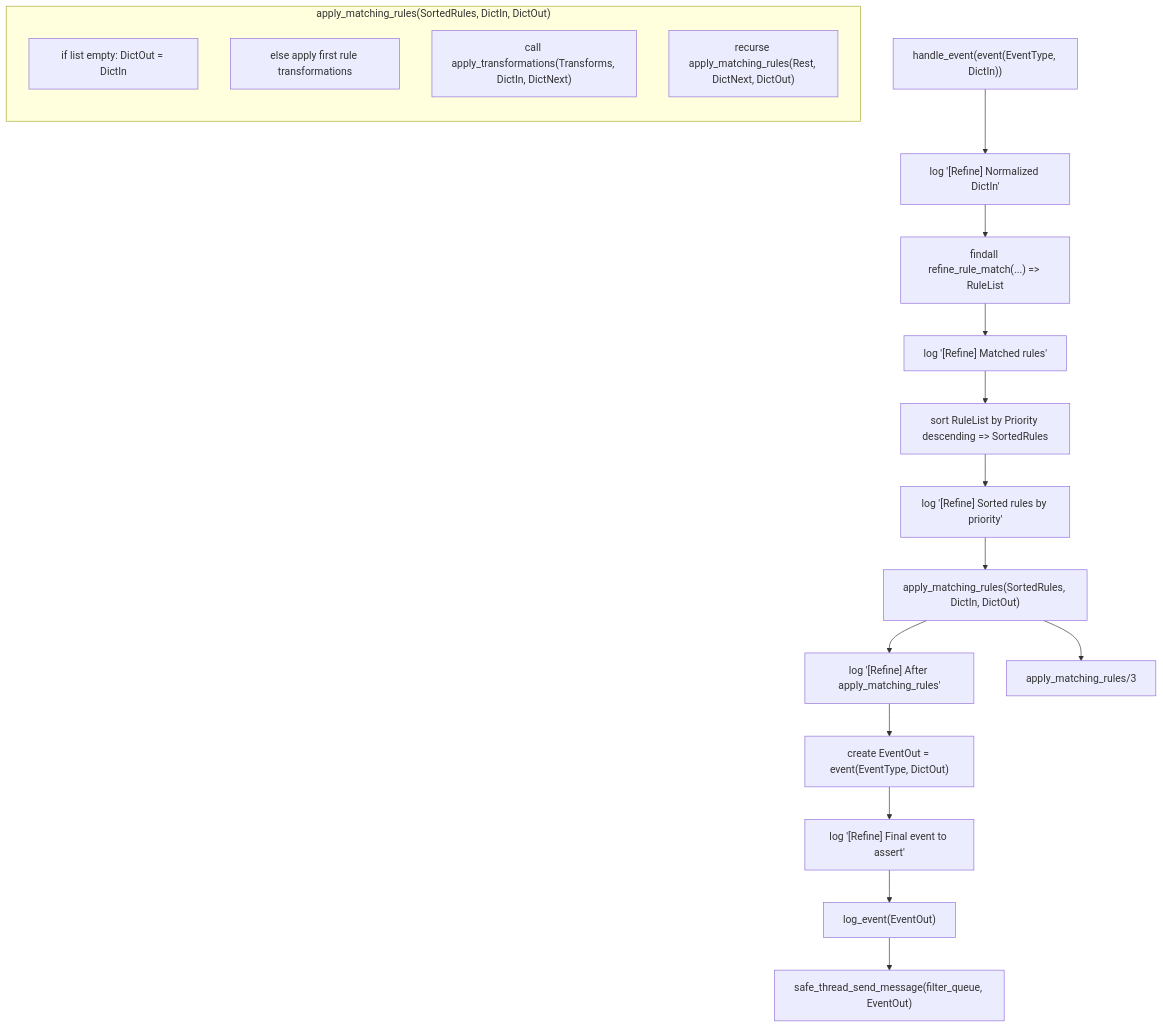
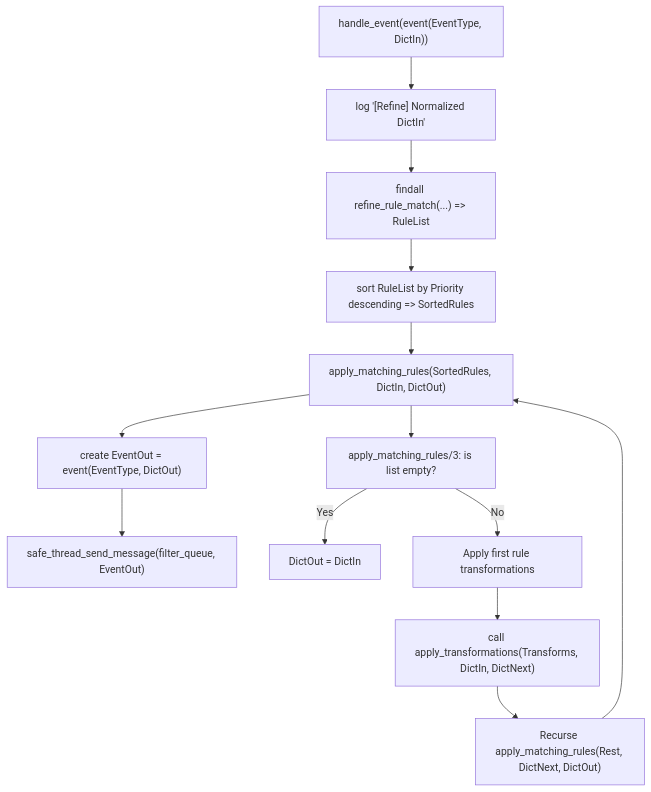
The diagram in doc/Throttle_workflow/refine.md (clickpaddle/clickceler), drawn with Mermaid before and after one commit.

````diff
--- a/doc/Throttle_workflow/refine.md
+++ b/doc/Throttle_workflow/refine.md
@@ -1,25 +1,20 @@
 ```mermaid
 flowchart TD
     A["handle_event(event(EventType, DictIn))"] --> B["log '[Refine] Normalized DictIn'"]
     B --> C["findall refine_rule_match(...) => RuleList"]
-    C --> D["log '[Refine] Matched rules'"]
-    D --> E["sort RuleList by Priority descending => SortedRules"]
-    E --> F["log '[Refine] Sorted rules by priority'"]
-    F --> G["apply_matching_rules(SortedRules, DictIn, DictOut)"]
-    G --> H["log '[Refine] After apply_matching_rules'"]
-    H --> I["create EventOut = event(EventType, DictOut)"]
-    I --> J["log '[Refine] Final event to assert'"]
-    J --> K["log_event(EventOut)"]
-    K --> L["safe_thread_send_message(filter_queue, EventOut)"]
+    C --> E["sort RuleList by Priority descending => SortedRules"]
+    E --> G["apply_matching_rules(SortedRules, DictIn, DictOut)"]
+    G --> I["create EventOut = event(EventType, DictOut)"]
+    I --> L["safe_thread_send_message(filter_queue, EventOut)"]
 
-    %% apply_matching_rules details
-    G --> M["apply_matching_rules/3"]
-    subgraph ApplyRules["apply_matching_rules(SortedRules, DictIn, DictOut)"]
-        direction TB
-        M1["if list empty: DictOut = DictIn"]
-        M2["else apply first rule transformations"]
-        M3["call apply_transformations(Transforms, DictIn, DictNext)"]
-        M4["recurse apply_matching_rules(Rest, DictNext, DictOut)"]
-    end
+    %% Details of apply_matching_rules integrated into main flow
+    G --> M1["apply_matching_rules/3: is list empty?"]
+    M1 -- Yes --> M2["DictOut = DictIn"]
+    M1 -- No --> M3["Apply first rule transformations"]
+    M3 --> M4["call apply_transformations(Transforms, DictIn, DictNext)"]
+    M4 --> M5["Recurse apply_matching_rules(Rest, DictNext, DictOut)"]
+    M5 --> G
+
+
 
 ```
````
